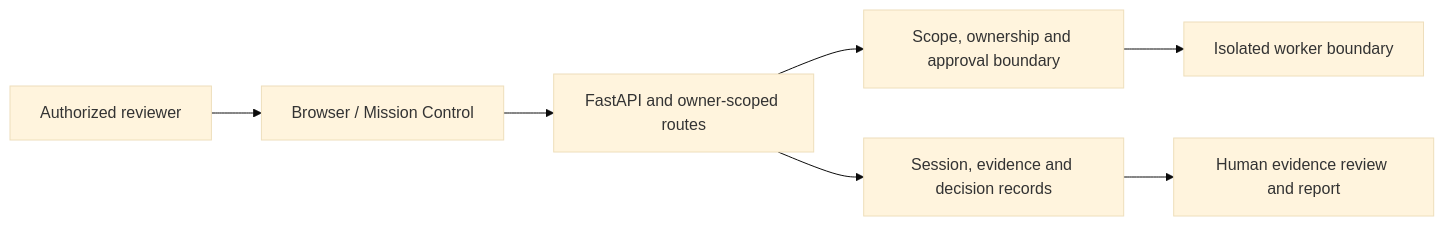
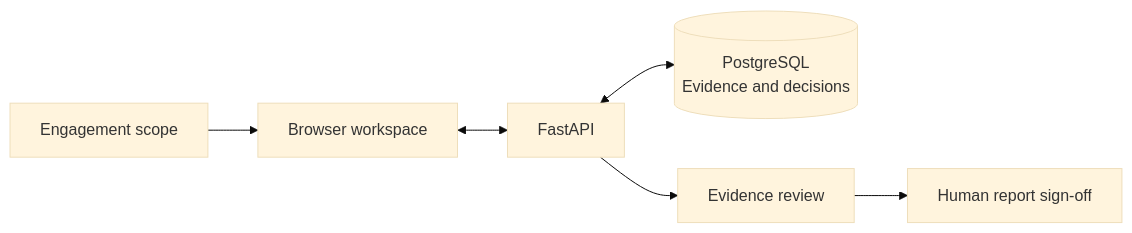
One commit to Hrr-Yassin/ARIA changed the diagram in README.md. Above: the diagram before and after it, drawn with Mermaid (base theme). The commit also changed other lines of this file and 1 other file, not shown here.

Commit message:
Refresh ARIA README and show Mission Control

````diff
--- a/README.md
+++ b/README.md
@@ -25,9 +15,10 @@
 ```mermaid
 flowchart LR
-    Owner["Authorized reviewer"] --> UI["Browser / Mission Control"]
-    UI --> API["FastAPI and owner-scoped routes"]
-    API --> Policy["Scope, ownership and approval boundary"]
-    API --> Record["Session, evidence and decision records"]
-    Policy --> Worker["Isolated worker boundary"]
-    Record --> Review["Human evidence review and report"]
+    accTitle: ARIA evidence workflow
+    accDescr: The researcher reviews engagement scope in the browser. FastAPI checks ownership and scope before reading records. The researcher reviews the evidence and signs off on reports that meet the review criteria.
+    Scope["Engagement scope"] --> UI["Browser workspace"]
+    UI <--> API["FastAPI"]
+    API <--> DB[("PostgreSQL<br/>Evidence and decisions")]
+    API --> Review["Evidence review"]
+    Review --> Report["Human report sign-off"]
 ```
````
